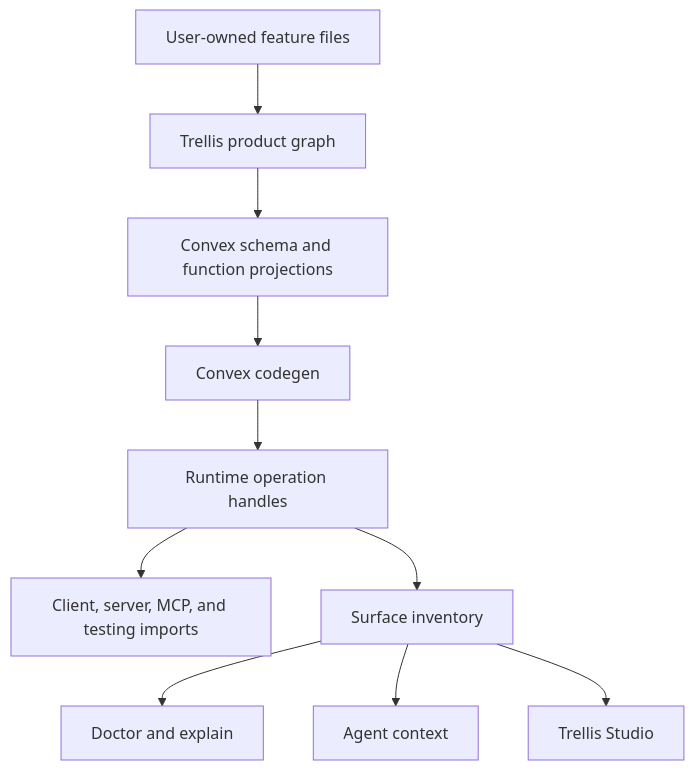
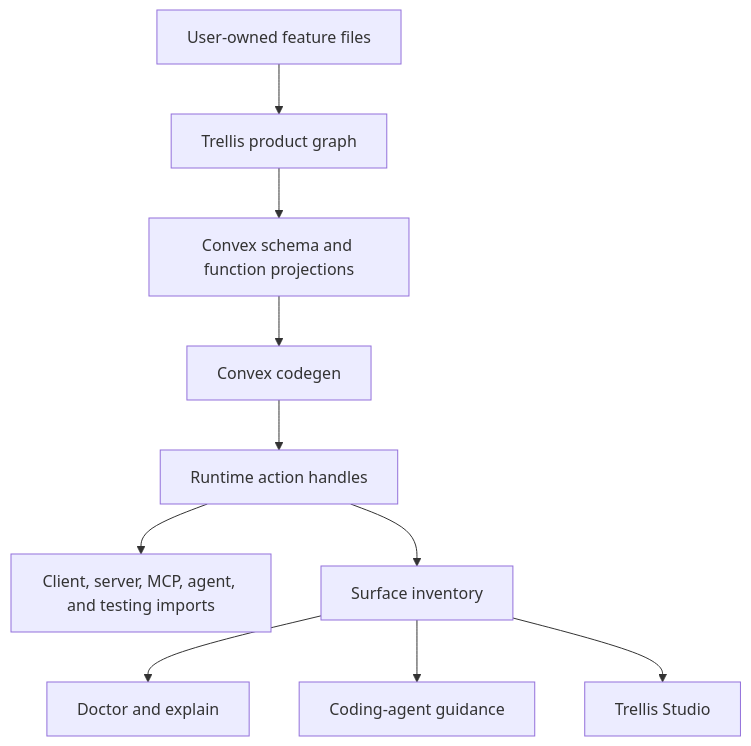
One commit to lupinum-dev/trellis changed the diagram in dream-spec.md. Above: the diagram before and after it, drawn with Mermaid. The commit also changed other lines of this file, not shown here.

````diff
--- a/dream-spec.md
+++ b/dream-spec.md
@@ -820,12 +1242,12 @@
 ```mermaid
 flowchart TD
   A["User-owned feature files"] --> B["Trellis product graph"]
   B --> C["Convex schema and function projections"]
   C --> D["Convex codegen"]
-  D --> E["Runtime operation handles"]
-  E --> F["Client, server, MCP, and testing imports"]
+  D --> E["Runtime action handles"]
+  E --> F["Client, server, MCP, agent, and testing imports"]
   E --> G["Surface inventory"]
   G --> H["Doctor and explain"]
-  G --> I["Agent context"]
+  G --> I["Coding-agent guidance"]
   G --> J["Trellis Studio"]
 ```
````
